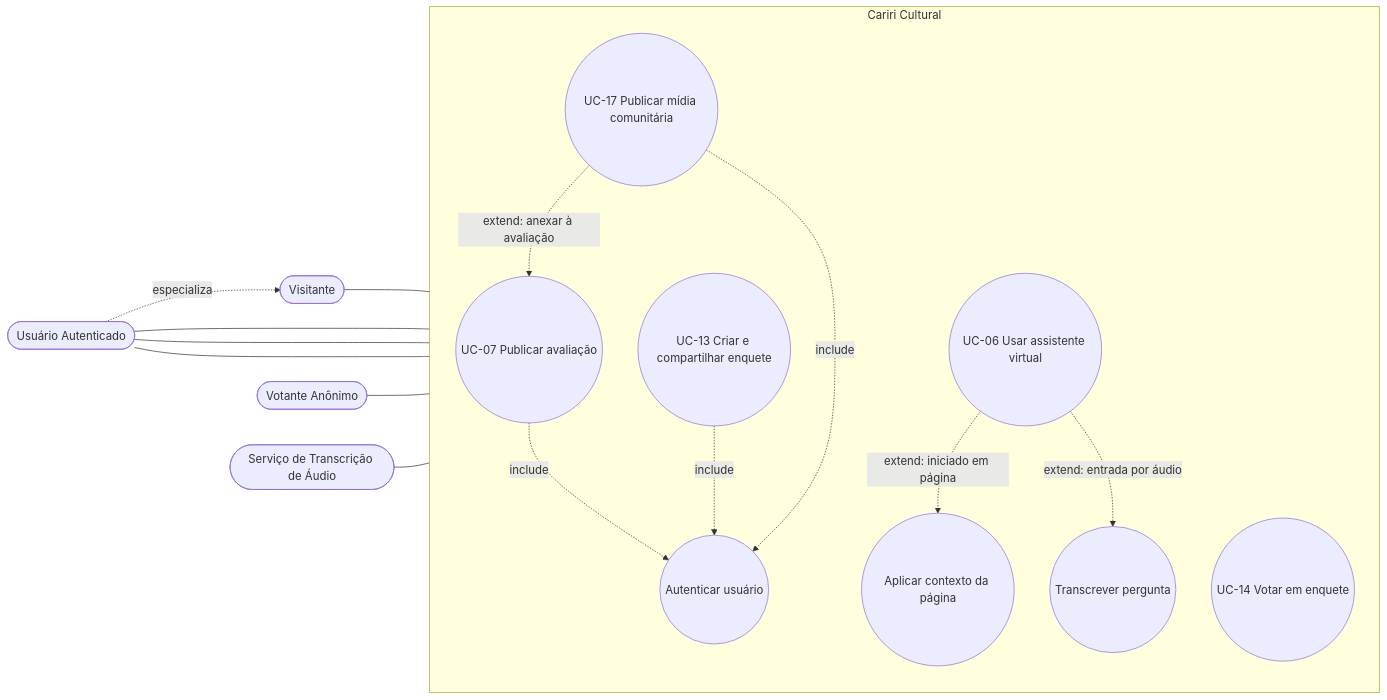
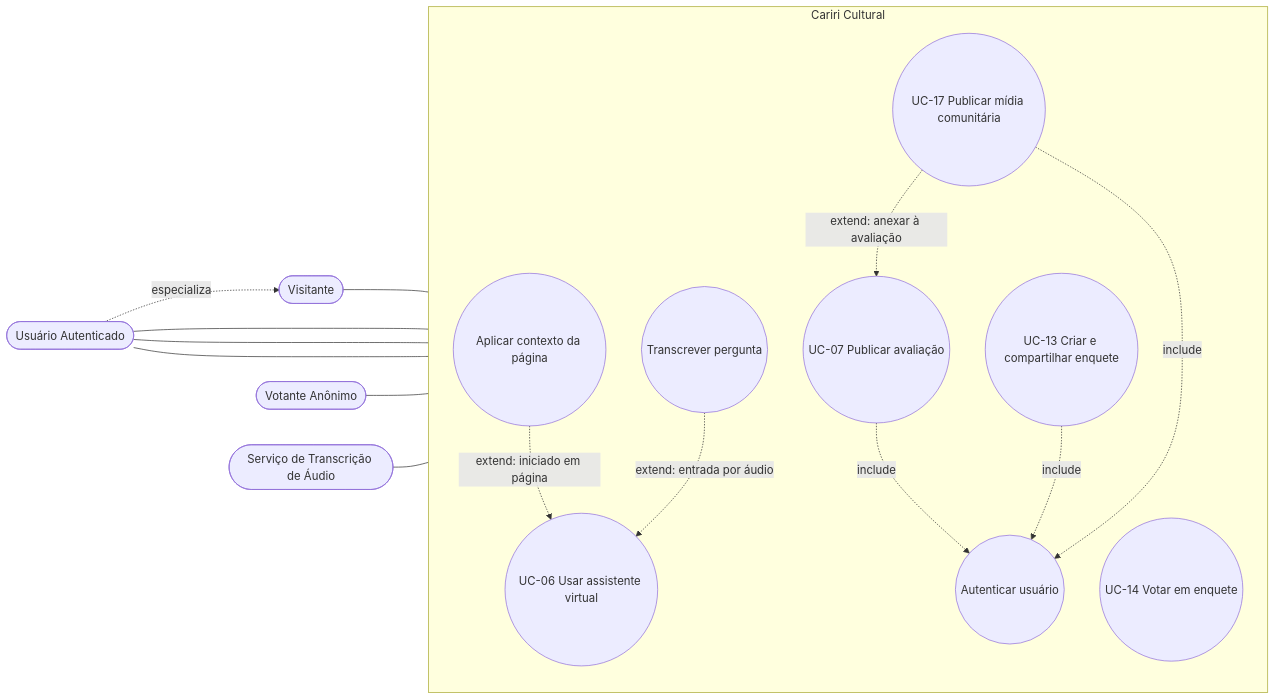
The fifth of 5 diagrams in home/user-cases/use-cases-diagram.md (alan-mendes-ufca/CaririCultural), drawn with Mermaid before and after one commit. The commit also changed other lines of this file and 6 other files, not shown here.

````diff
--- a/home/user-cases/use-cases-diagram.md
+++ b/home/user-cases/use-cases-diagram.md
@@ -178,42 +186,42 @@
 ```mermaid
 flowchart LR
     %% Atores
     V([Visitante])
     U([Usuário Autenticado])
     VA([Votante Anônimo])
     AUD([Serviço de Transcrição de Áudio])
 
     %% Fronteira
     subgraph CC [Cariri Cultural]
         direction TB
         UC06((UC-06 Usar assistente virtual))
         UC07((UC-07 Publicar avaliação))
         UC13((UC-13 Criar e compartilhar enquete))
         UC14((UC-14 Votar em enquete))
         UC17((UC-17 Publicar mídia comunitária))
 
         %% Includes
         AUTH((Autenticar usuário))
 
         %% Extends do UC-06
         CTX((Aplicar contexto da página))
         AUDIO((Transcrever pergunta))
     end
 
     %% Relações Ator -> Caso de Uso
     V --- UC06
     U --- UC07 & UC13 & UC17
     VA --- UC14
     U -.->|especializa| V
 
     %% Relações Include / Extend
     UC07 -.->|include| AUTH
     UC13 -.->|include| AUTH
     UC17 -.->|include| AUTH
 
-    UC06 -.->|extend: iniciado em página| CTX
-    UC06 -.->|extend: entrada por áudio| AUDIO
+    CTX -.->|extend: iniciado em página| UC06
+    AUDIO -.->|extend: entrada por áudio| UC06
     UC17 -.->|extend: anexar à avaliação| UC07
 
     AUD --- AUDIO
 ```
````
